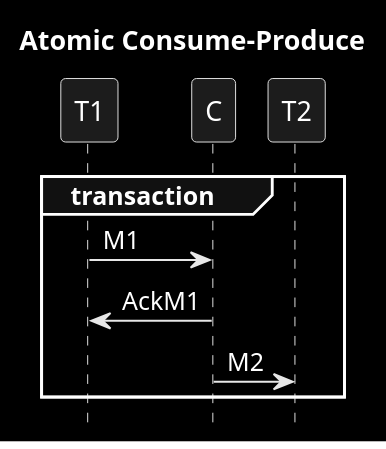
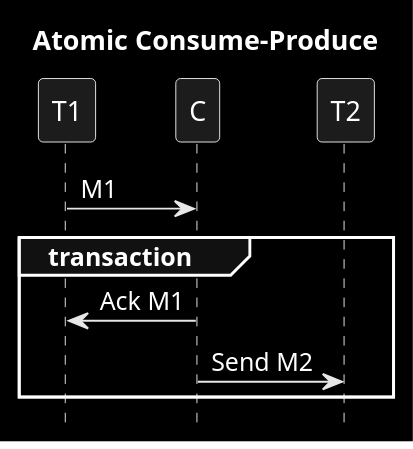
Before and after one commit to victorrentea/kafka: the diagram in patterns/5_dual_m_m.puml, drawn with PlantUML. The commit also changed 47 other files, not shown here.

```diff
--- a/patterns/5_dual_m_m.puml
+++ b/patterns/5_dual_m_m.puml
@@ -1,13 +1,13 @@
     @startuml
 title Atomic Consume-Produce
 hide footbox
 skinparam monochrome reverse
 participant T1
 participant C
 
+    T1->C: M1
 group transaction
-    T1->C: M1
-    C->T1: AckM1
-    C->T2: M2
+    C->T1: Ack M1
+    C->T2: Send M2
 end
 @enduml
```
